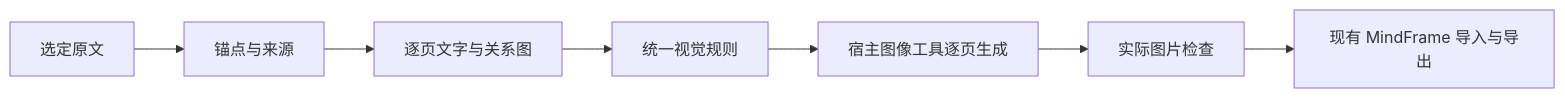
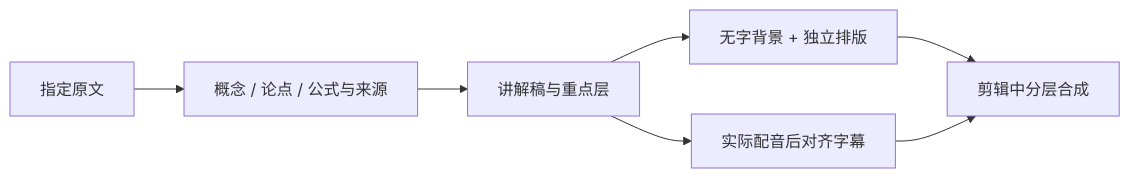
Before and after one commit to XiaoWeiKIN/MindFrame: the diagram in docs/visual-director.md, drawn with Mermaid. The commit also changed other lines of this file and 6 other files, not shown here.

````diff
--- a/docs/visual-director.md
+++ b/docs/visual-director.md
@@ -5,9 +10,9 @@
 ```mermaid
 flowchart LR
-    A[选定原文] --> B[锚点与来源]
-    B --> C[逐页文字与关系图]
-    C --> D[统一视觉规则]
-    D --> E[宿主图像工具逐页生成]
-    E --> F[实际图片检查]
-    F --> G[现有 MindFrame 导入与导出]
+    A[指定原文] --> B[概念 / 论点 / 公式与来源]
+    B --> C[讲解稿与重点层]
+    C --> D[无字背景 + 独立排版]
+    C --> E[实际配音后对齐字幕]
+    D --> F[剪辑中分层合成]
+    E --> F
 ```
````
